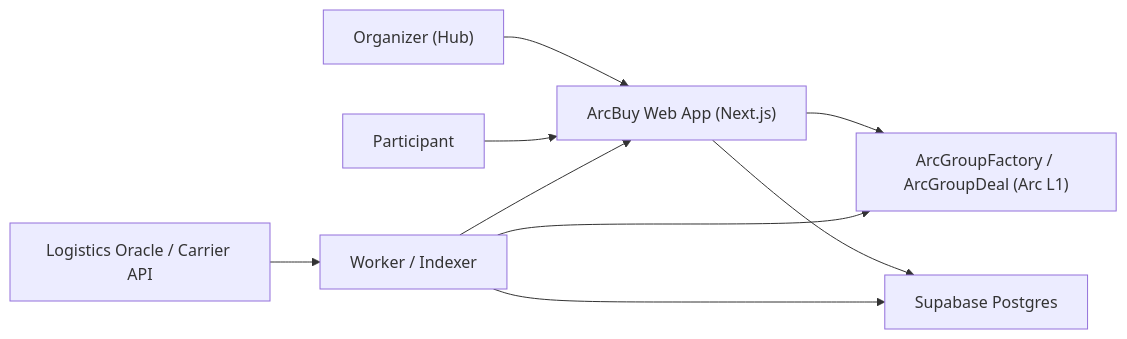
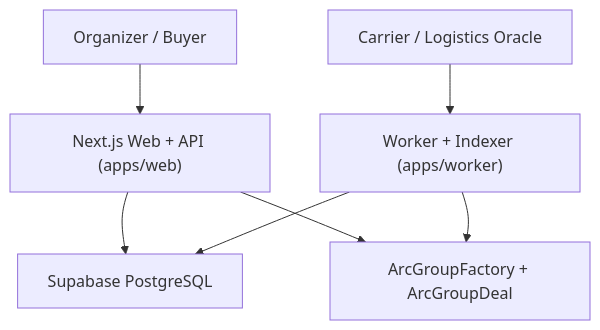
The second of 3 diagrams in README.md (thapld/CircleBuy), drawn with Mermaid before and after one commit. The commit also changed other lines of this file, not shown here.

````diff
--- a/README.md
+++ b/README.md
@@ -41,11 +67,9 @@
 ```mermaid
-flowchart LR
-    A["Organizer (Hub)"] --> B["ArcBuy Web App (Next.js)"]
-    P["Participant"] --> B
-    B --> D["Supabase Postgres"]
-    B --> C["ArcGroupFactory / ArcGroupDeal (Arc L1)"]
-    W["Worker / Indexer"] --> C
-    W --> D
-    O["Logistics Oracle / Carrier API"] --> W
-    W --> B
+flowchart TD
+    User["Organizer / Buyer"] --> Web["Next.js Web + API (apps/web)"]
+    Web --> DB["Supabase PostgreSQL"]
+    Web --> Contracts["ArcGroupFactory + ArcGroupDeal"]
+    Worker["Worker + Indexer (apps/worker)"] --> Contracts
+    Worker --> DB
+    Oracle["Carrier / Logistics Oracle"] --> Worker
 ```
````
